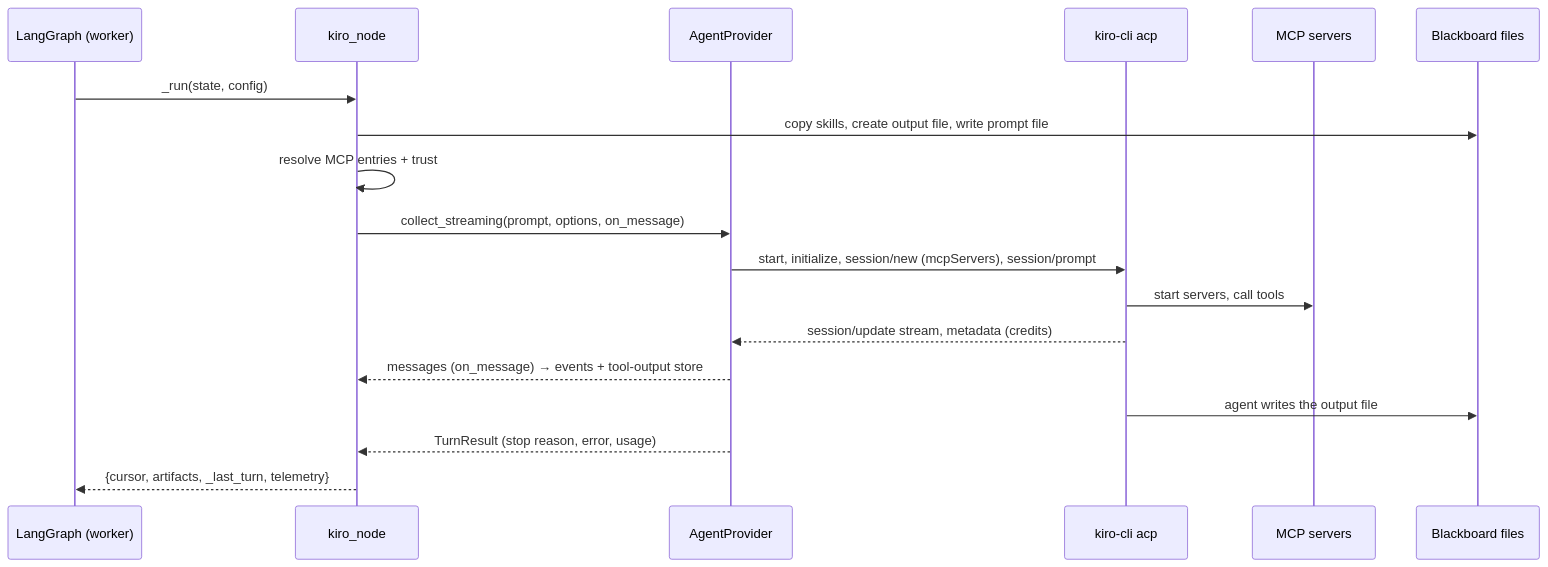
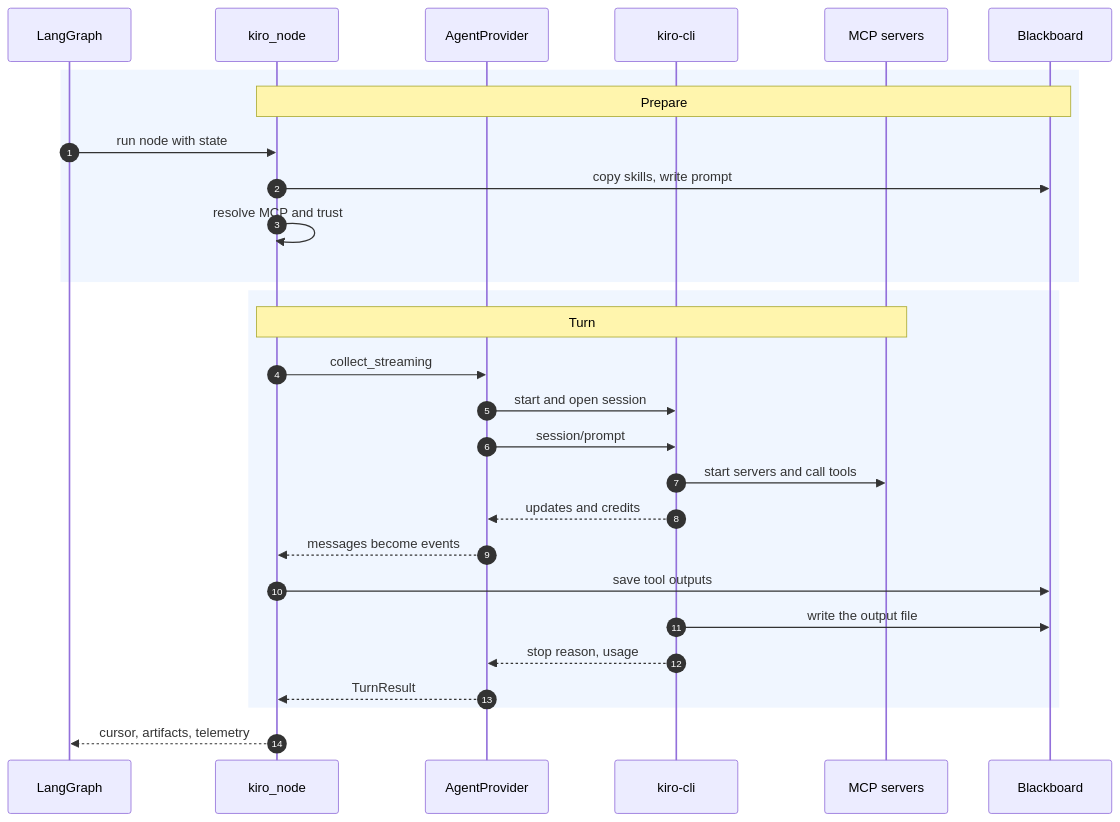
Before and after one commit to ram-020998/project-tracker: the second of 4 diagrams in genesis/architecture/modules/core-engine.md, drawn with Mermaid. The commit also changed other lines of this file and 24 other files, not shown here.

First line of the commit message:
architecture: rewrite all 86 Mermaid diagrams to one C4 style, each render-checked

````diff
--- a/genesis/architecture/modules/core-engine.md
+++ b/genesis/architecture/modules/core-engine.md
@@ -190,20 +185,30 @@
 ```mermaid
 sequenceDiagram
-    participant G as LangGraph (worker)
+    autonumber
+    participant G as LangGraph
     participant N as kiro_node
     participant P as AgentProvider
-    participant K as kiro-cli acp
+    participant K as kiro-cli
     participant M as MCP servers
-    participant B as Blackboard files
-    G->>N: _run(state, config)
-    N->>B: copy skills, create output file, write prompt file
-    N->>N: resolve MCP entries + trust
-    N->>P: collect_streaming(prompt, options, on_message)
-    P->>K: start, initialize, session/new (mcpServers), session/prompt
-    K->>M: start servers, call tools
-    K-->>P: session/update stream, metadata (credits)
-    P-->>N: messages (on_message) → events + tool-output store
-    K->>B: agent writes the output file
-    P-->>N: TurnResult (stop reason, error, usage)
-    N-->>G: {cursor, artifacts, _last_turn, telemetry}
+    participant B as Blackboard
+    rect rgb(240, 246, 255)
+    Note over N,B: Prepare
+    G->>N: run node with state
+    N->>B: copy skills, write prompt
+    N->>N: resolve MCP and trust
+    end
+    rect rgb(240, 246, 255)
+    Note over N,M: Turn
+    N->>P: collect_streaming
+    P->>K: start and open session
+    P->>K: session/prompt
+    K->>M: start servers and call tools
+    K-->>P: updates and credits
+    P-->>N: messages become events
+    N->>B: save tool outputs
+    K->>B: write the output file
+    K-->>P: stop reason, usage
+    P-->>N: TurnResult
+    end
+    N-->>G: cursor, artifacts, telemetry
 ```
````
